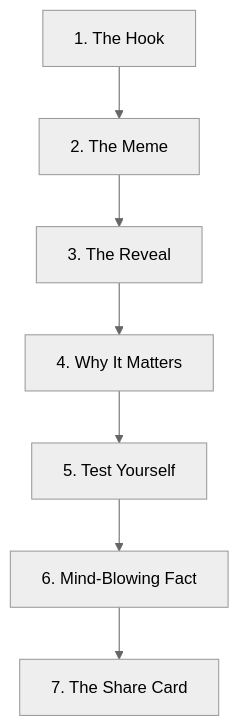
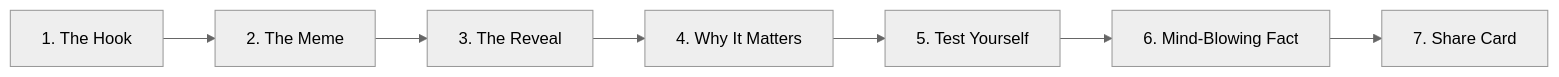
One commit to Yavnesh/lsd changed the second of 3 diagrams in README.md. Above: the diagram before and after it, drawn with Mermaid (neutral theme). The commit also changed other lines of this file, not shown here.

Commit message:
docs: overhaul README with architecture diagrams, knowledge universe, branching strategy, and production setup

````diff
--- a/README.md
+++ b/README.md
@@ -27,9 +36,9 @@
 ```mermaid
-graph TD
+graph LR
     A[1. The Hook] --> B[2. The Meme]
     B --> C[3. The Reveal]
     C --> D[4. Why It Matters]
     D --> E[5. Test Yourself]
     E --> F[6. Mind-Blowing Fact]
-    F --> G[7. The Share Card]
+    F --> G[7. Share Card]
 ```
````
